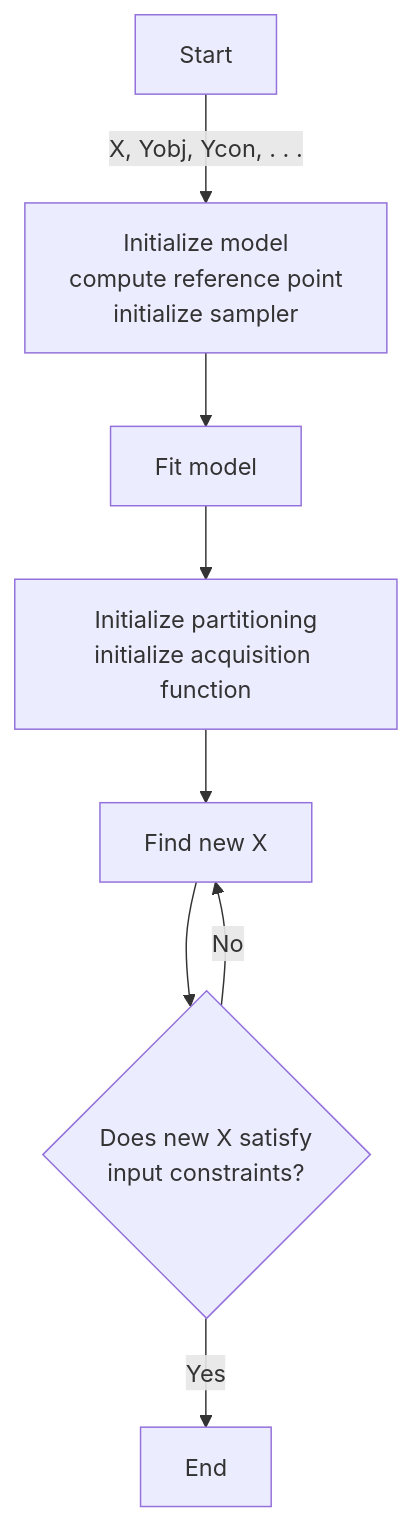
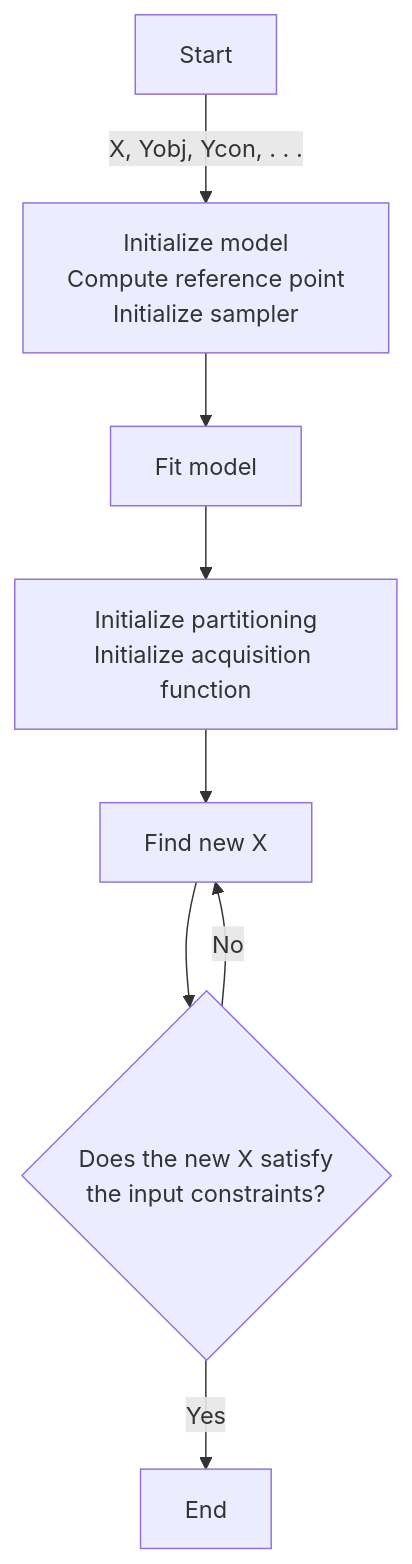
One commit to BerriesLab/pybo changed the second of 2 diagrams in readme.md. Above: the diagram before and after it, drawn with Mermaid.

Commit message:
Amended readme.md

````diff
--- a/readme.md
+++ b/readme.md
@@ -50,18 +50,18 @@
 ```mermaid
 flowchart TD
-    A[Initialize model<br>compute reference point<br>initialize sampler]
+    A[Initialize model<br>Compute reference point<br>Initialize sampler]
     B[Fit model]
-    C[Initialize partitioning<br>initialize acquisition function]
+    C[Initialize partitioning<br>Initialize acquisition function]
     D[Find new X]
-    E{Does new X satisfy<br>input constraints?}
+    E{Does the new X satisfy<br>the input constraints?}
     
     Start --> |X, Yobj, Ycon, . . .| A
     A --> B
     B --> C
     C --> D
     D --> E
     E --> |Yes| End
     E --> |No| D
     
     
 ```
````
